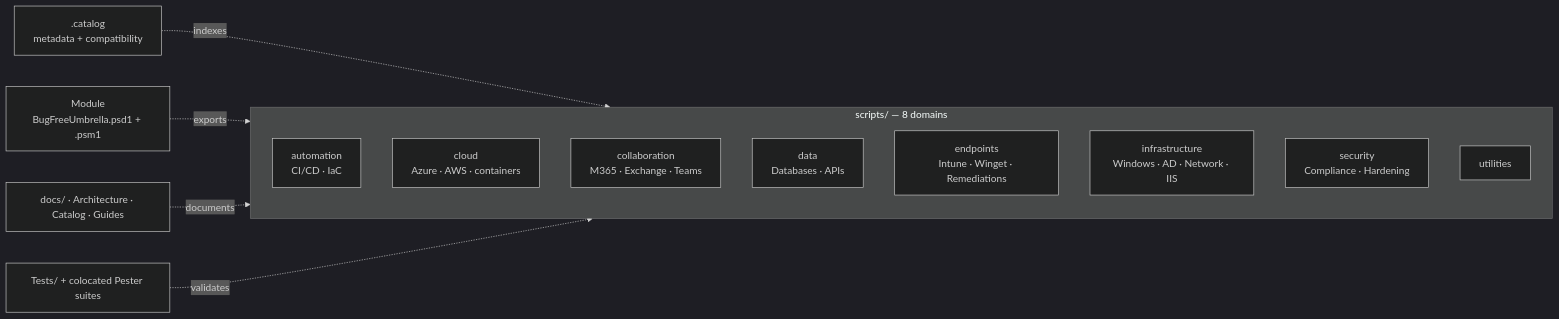
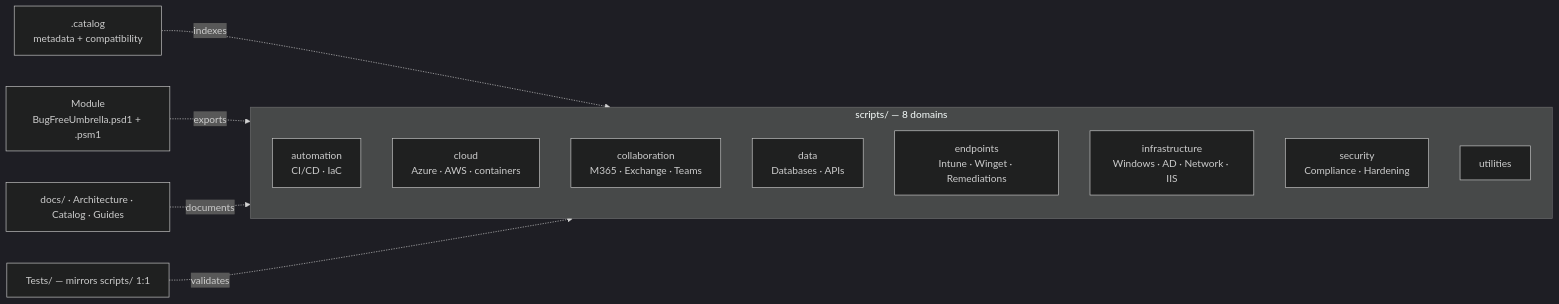
Before and after one commit to Carme99/bug-free-umbrella: the first of 5 diagrams in docs/ARCHITECTURE.md, drawn with Mermaid (dark theme). The commit also changed other lines of this file and 1167 other files, not shown here.

````diff
--- a/docs/ARCHITECTURE.md
+++ b/docs/ARCHITECTURE.md
@@ -39,17 +39,17 @@
 ```mermaid
 flowchart LR
     subgraph SCRIPTS[scripts/ — 8 domains]
         A[automation<br/>CI/CD · IaC]
         C[cloud<br/>Azure · AWS · containers]
         L[collaboration<br/>M365 · Exchange · Teams]
         D[data<br/>Databases · APIs]
         E[endpoints<br/>Intune · Winget · Remediations]
         I[infrastructure<br/>Windows · AD · Network · IIS]
         S[security<br/>Compliance · Hardening]
         U[utilities]
     end
     CAT[.catalog<br/>metadata + compatibility] -. indexes .-> SCRIPTS
     MOD[Module<br/>BugFreeUmbrella.psd1 + .psm1] -. exports .-> SCRIPTS
     DOC[docs/ · Architecture · Catalog · Guides] -. documents .-> SCRIPTS
-    TST[Tests/ + colocated Pester suites] -. validates .-> SCRIPTS
+    TST[Tests/ — mirrors scripts/ 1:1] -. validates .-> SCRIPTS
 ```
````
